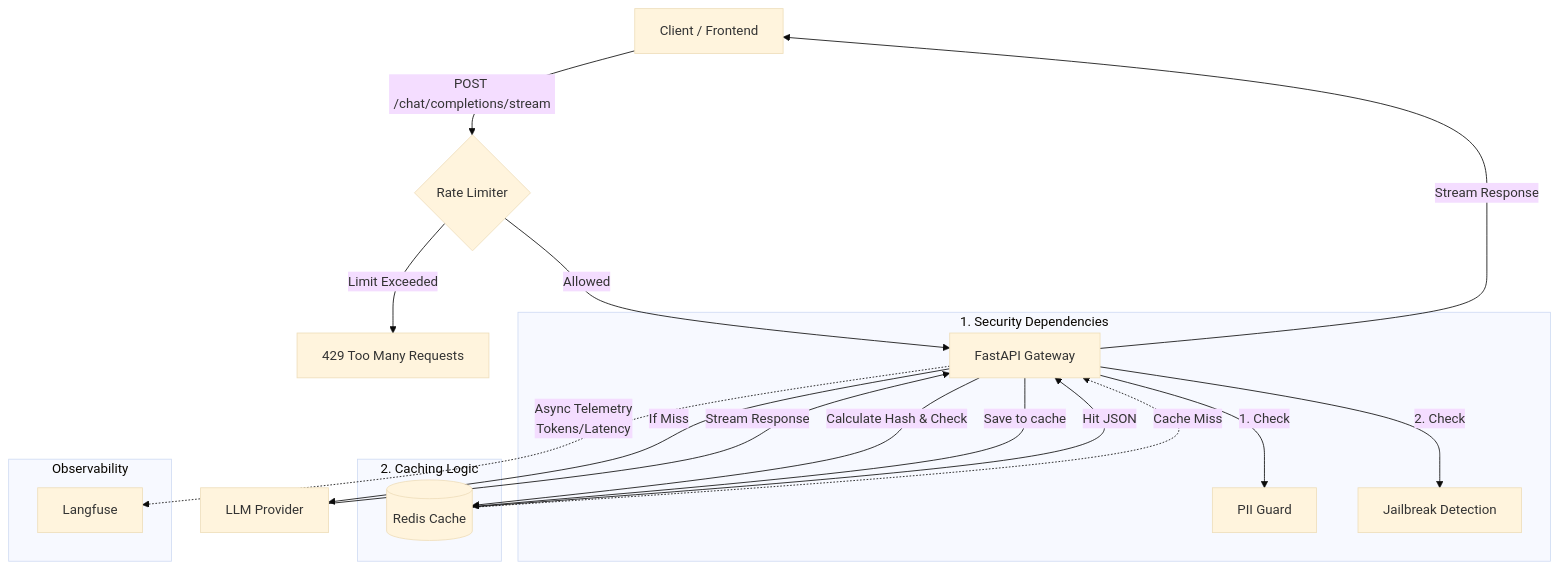
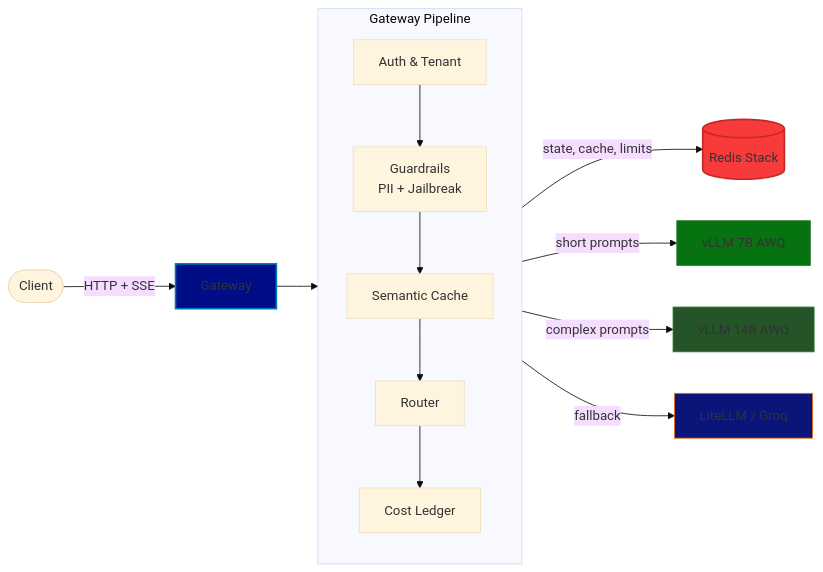
One commit to o7k7/llm-gateway changed the diagram in README.md. Above: the diagram before and after it, drawn with Mermaid (base theme). The commit also changed other lines of this file, not shown here.

````diff
--- a/README.md
+++ b/README.md
@@ -12,33 +21,21 @@
 ```mermaid
-graph TD
-    Client[Client / Frontend] -->|POST /chat/completions/stream| Limiter{Rate Limiter}
-    
-    Limiter -- Limit Exceeded --> 429[429 Too Many Requests]
-    Limiter -- Allowed --> API[FastAPI Gateway]
-    
-    subgraph Security Layer [1. Security Dependencies]
-        API -->|1. Check| PII[PII Guard]
-        API -->|2. Check| Jail[Jailbreak Detection]
-    end
-    
-    subgraph Caching Layer [2. Caching Logic]
-        API -->|Calculate Hash & Check| Redis[(Redis Cache)]
-    end
-    
-    %% Fast Path: Cache Hit skips the LLM entirely
-    Redis -- Hit JSON --> API
-    
-    %% Slow Path: Cache Miss goes to LLM
-    Redis -.->|Cache Miss| API
-    API -- If Miss --> LLM[LLM Provider]
-    
-    subgraph Observability
-        API -.->|Async Telemetry\n Tokens/Latency| Langfuse[Langfuse]
-    end
-    
-    LLM -->|Stream Response| API
-    
-    %% Response Paths
-    API -->|Stream Response| Client
-    API -->|Save to cache| Redis
+flowchart LR
+    Client([Client]) -->|HTTP + SSE| GW[Gateway]
+subgraph Pipeline[Gateway Pipeline]
+    direction TB
+    Auth[Auth & Tenant] --> Guard[Guardrails<br/>PII + Jailbreak]
+    Guard --> Cache[Semantic Cache]
+    Cache --> Route[Router]
+    Route --> Ledger[Cost Ledger]
+end
+GW --> Pipeline
+Pipeline -->|state, cache, limits| Redis[(Redis Stack)]
+Pipeline -->|short prompts| VS[vLLM 7B AWQ]
+Pipeline -->|complex prompts| VL[vLLM 14B AWQ]
+Pipeline -->|fallback| LL[LiteLLM / Groq]
+style GW fill:#010d87,stroke:#0277bd,stroke-width:2px
+style Redis fill:#f73b3b,stroke:#c62828,stroke-width:2px
+style VS fill:#077310,stroke:#2e7d32
+style VL fill:#245428,stroke:#2e7d32
+style LL fill:#0b1478,stroke:#ef6c00
 ```
````
